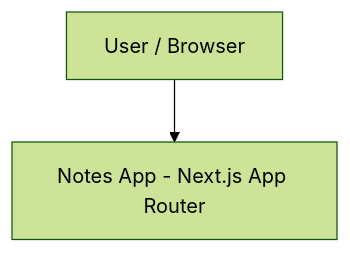
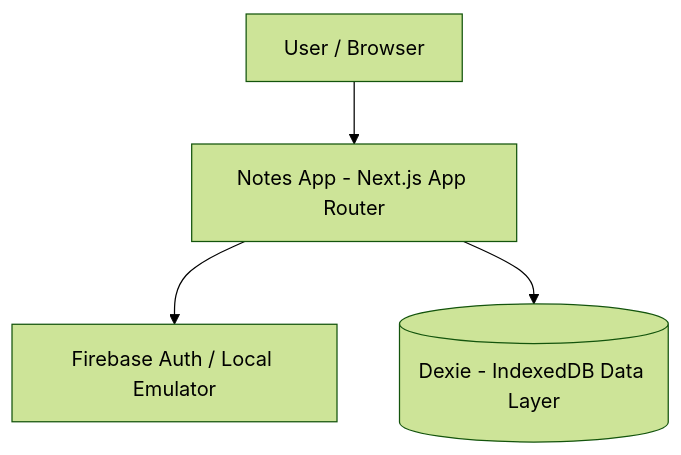
Before and after one commit to ianmaciel7/notes-app: the diagram in ARCHITECTURE.md, drawn with Mermaid (forest theme). The commit also changed other lines of this file and 22 other files, not shown here.

````diff
--- a/ARCHITECTURE.md
+++ b/ARCHITECTURE.md
@@ -9,4 +7,6 @@
 ```mermaid
 flowchart TD
   User[User / Browser] --> App[Notes App - Next.js App Router]
+  App --> Auth[Firebase Auth / Local Emulator]
+  App --> IndexedDB[(Dexie - IndexedDB Data Layer)]
 ```
````
